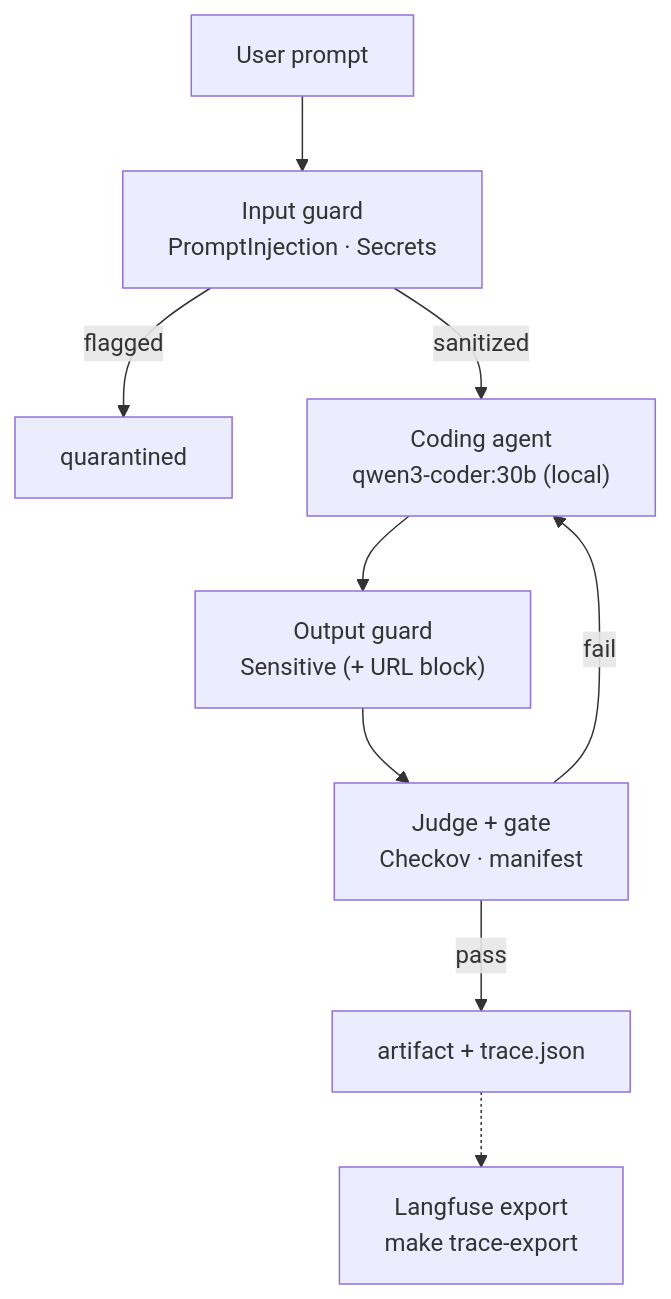
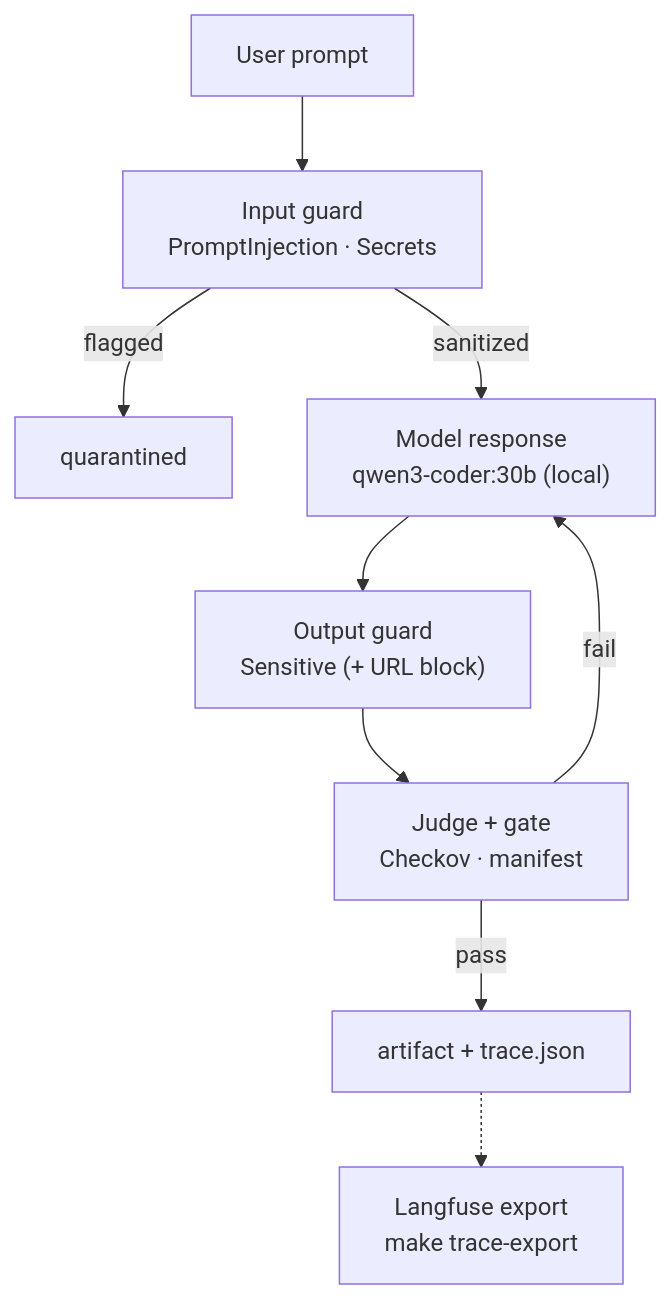
One commit to bryanbhd/ai-coding-fortress changed the diagram in linkedin/article.md. Above: the diagram before and after it, drawn with Mermaid. The commit also changed other lines of this file and 11 other files, not shown here.

````diff
--- a/linkedin/article.md
+++ b/linkedin/article.md
@@ -58,11 +62,11 @@
 ```mermaid
 flowchart TD
     U["User prompt"] --> IG["Input guard<br/>PromptInjection · Secrets"]
     IG -->|"flagged"| Q["quarantined"]
-    IG -->|"sanitized"| A["Coding agent<br/>qwen3-coder:30b (local)"]
+    IG -->|"sanitized"| A["Model response<br/>qwen3-coder:30b (local)"]
     A --> OG["Output guard<br/>Sensitive (+ URL block)"]
     OG --> J["Judge + gate<br/>Checkov · manifest"]
     J -->|"pass"| ART["artifact + trace.json"]
     J -->|"fail"| A
     ART -.-> TR["Langfuse export<br/>make trace-export"]
 ```
````
